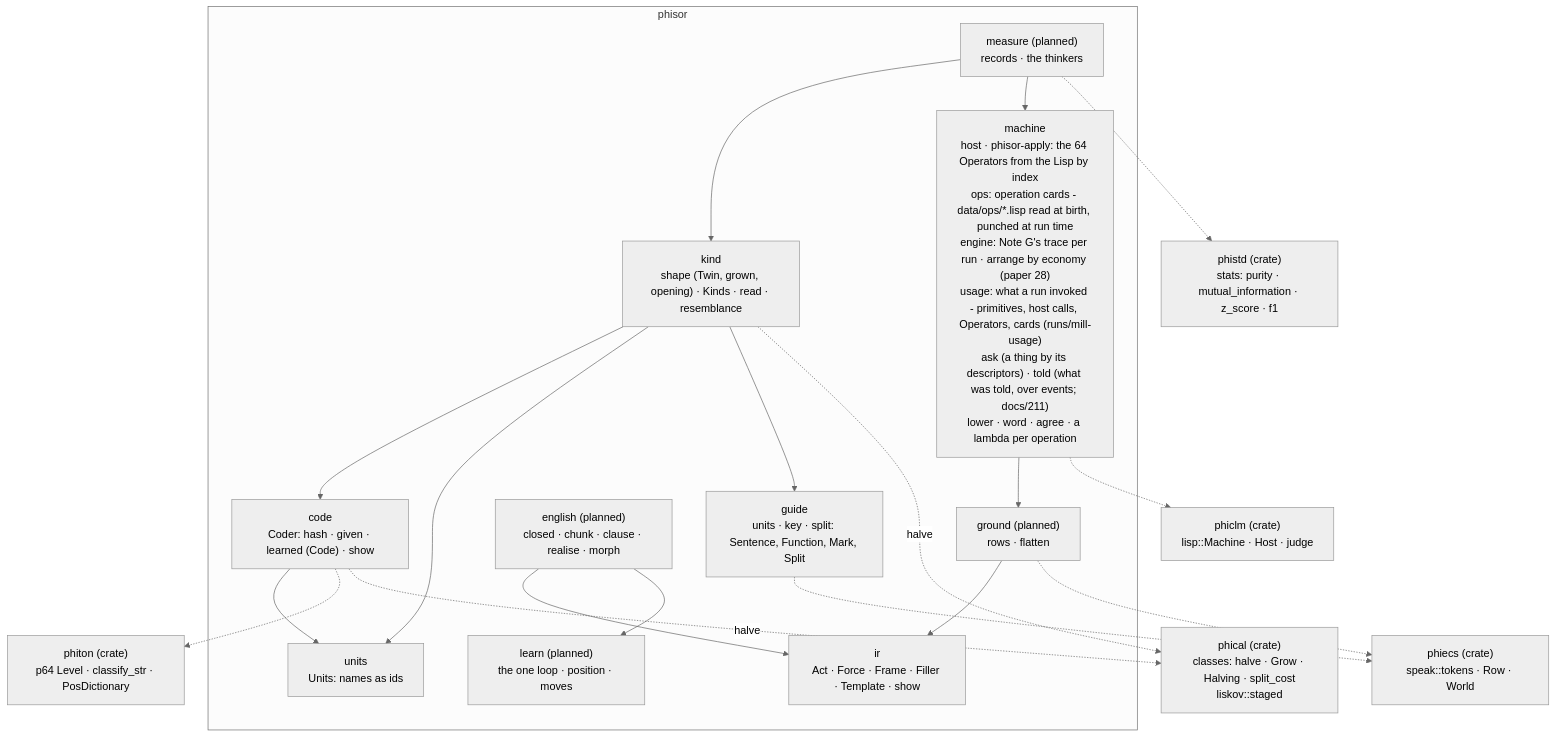
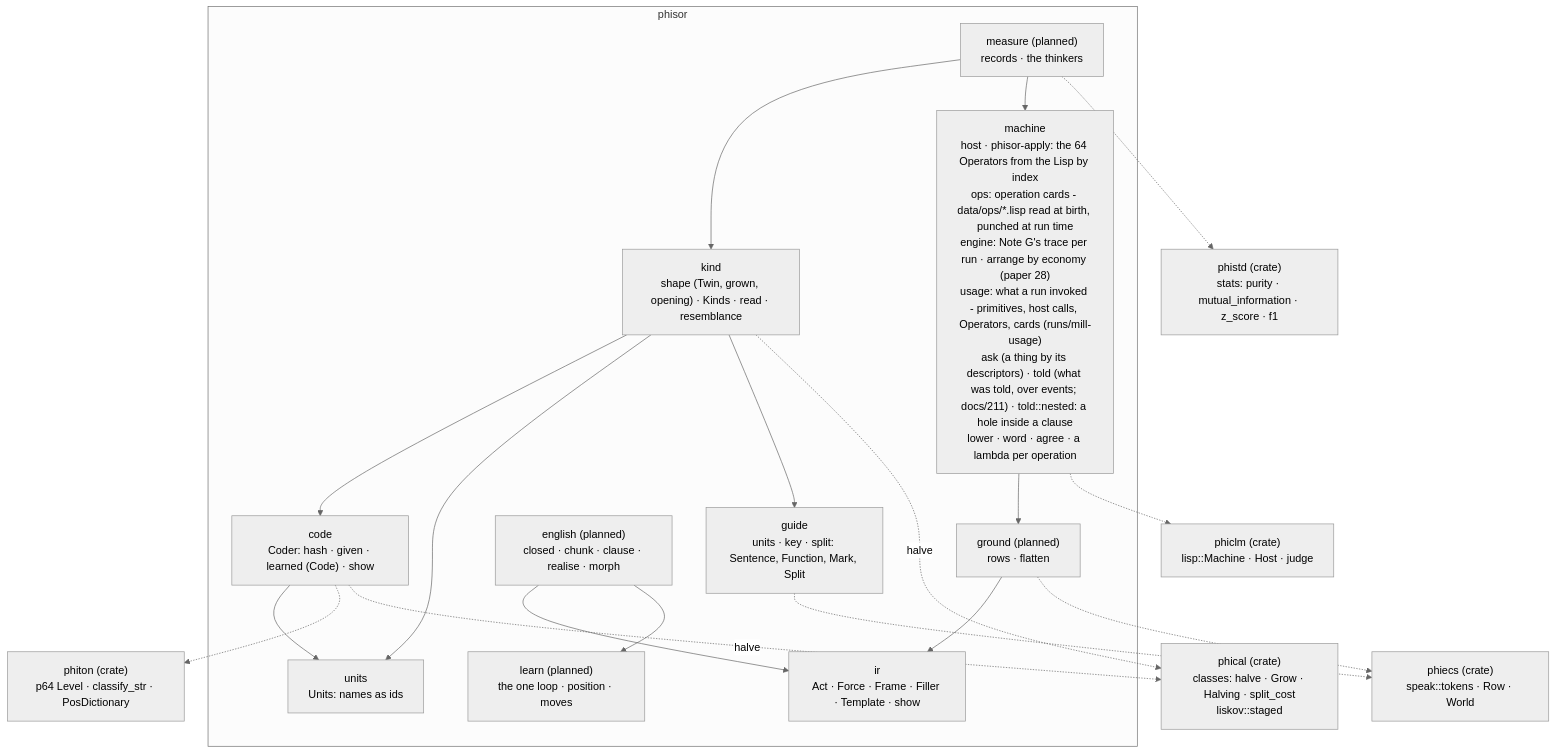
Before and after one commit to gemphi/phinet: the first of 3 diagrams in crates/phisor/ARCHITECTURE.md, drawn with Mermaid (neutral theme). The commit also changed 7 other files, not shown here.

First line of the commit message:
phisor: told::nested - a hole inside a clause, through the told-under card

````diff
--- a/crates/phisor/ARCHITECTURE.md
+++ b/crates/phisor/ARCHITECTURE.md
@@ -5,37 +5,37 @@
 ```mermaid
 graph TB
     subgraph crate["phisor"]
         ir["ir<br/>Act · Force · Frame · Filler · Template · show"]
         guide["guide<br/>units · key · split: Sentence, Function, Mark, Split"]
         code["code<br/>Coder: hash · given · learned (Code) · show"]
         kind["kind<br/>shape (Twin, grown, opening) · Kinds · read · resemblance"]
         units["units<br/>Units: names as ids"]
         english["english (planned)<br/>closed · chunk · clause · realise · morph"]
         learn["learn (planned)<br/>the one loop · position · moves"]
         ground["ground (planned)<br/>rows · flatten"]
-        machine["machine<br/>host · phisor-apply: the 64 Operators from the Lisp by index<br/>ops: operation cards - data/ops/*.lisp read at birth, punched at run time<br/>engine: Note G's trace per run · arrange by economy (paper 28)<br/>usage: what a run invoked - primitives, host calls, Operators, cards (runs/mill-usage)<br/>ask (a thing by its descriptors) · told (what was told, over events; docs/211)<br/>lower · word · agree · a lambda per operation"]
+        machine["machine<br/>host · phisor-apply: the 64 Operators from the Lisp by index<br/>ops: operation cards - data/ops/*.lisp read at birth, punched at run time<br/>engine: Note G's trace per run · arrange by economy (paper 28)<br/>usage: what a run invoked - primitives, host calls, Operators, cards (runs/mill-usage)<br/>ask (a thing by its descriptors) · told (what was told, over events; docs/211) · told::nested: a hole inside a clause<br/>lower · word · agree · a lambda per operation"]
         measure["measure (planned)<br/>records · the thinkers"]
     end
     code --> units
     kind --> code
     kind --> units
     kind --> guide
     english --> ir
     english --> learn
     ground --> ir
     machine --> ground
     measure --> kind
     measure --> machine
     X_phiton["phiton (crate)<br/>p64 Level · classify_str · PosDictionary"]
     X_phical["phical (crate)<br/>classes: halve · Grow · Halving · split_cost<br/>liskov::staged"]
     X_phistd["phistd (crate)<br/>stats: purity · mutual_information · z_score · f1"]
     X_phiecs["phiecs (crate)<br/>speak::tokens · Row · World"]
     X_phiclm["phiclm (crate)<br/>lisp::Machine · Host · judge"]
     code -.-> X_phiton
     code -.->|"halve"| X_phical
     kind -.->|"halve"| X_phical
     guide -.-> X_phiecs
     ground -.-> X_phiecs
     machine -.-> X_phiclm
     measure -.-> X_phistd
 ```
````
